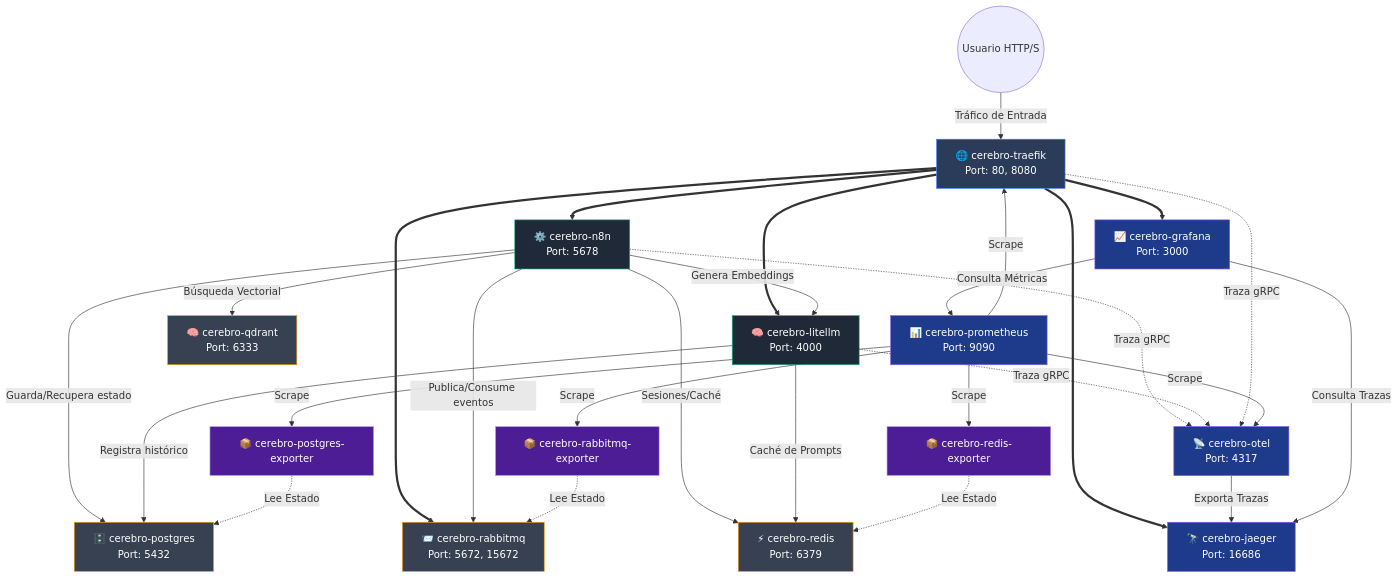
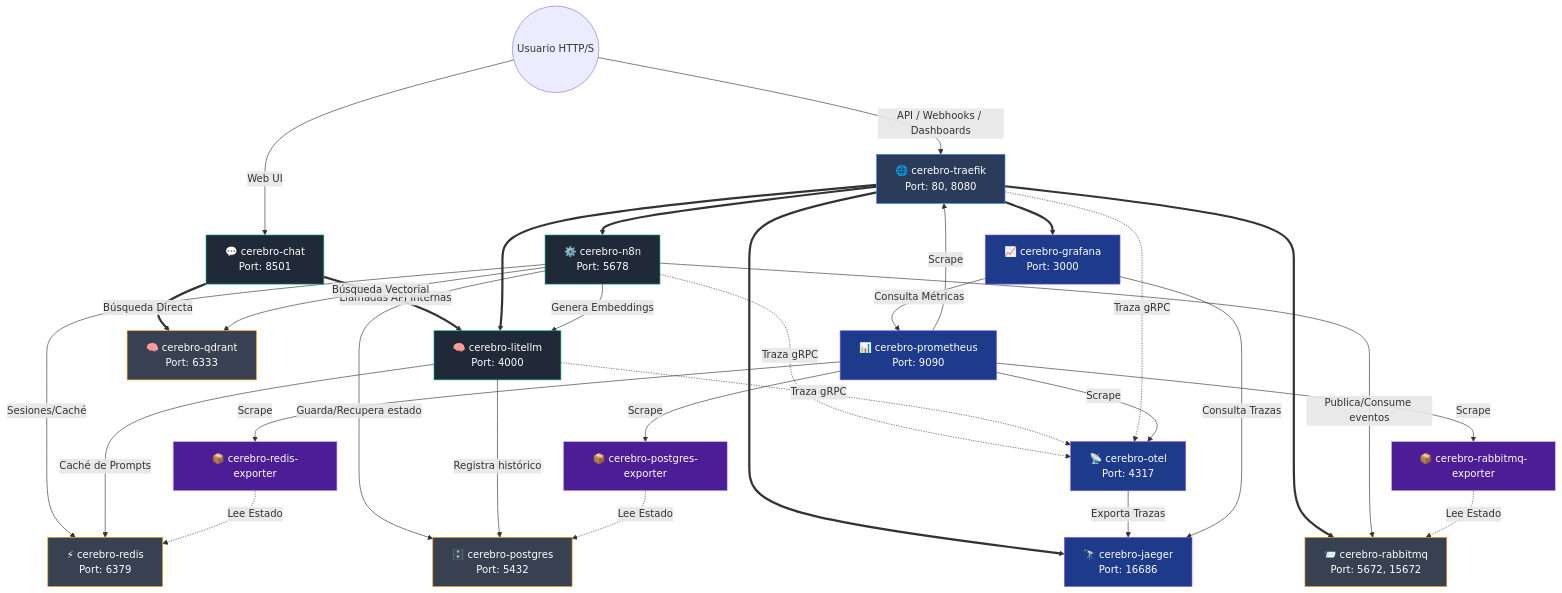
The diagram in docs/src/5_resumen_servicios.md (sylfG/linkanvil), drawn with Mermaid before and after one commit. The commit also changed other lines of this file and 5 other files, not shown here.

````diff
--- a/docs/src/5_resumen_servicios.md
+++ b/docs/src/5_resumen_servicios.md
@@ -11,77 +11,81 @@
 ```mermaid
 graph TD
     %% Estilos de los nodos
     classDef traefik fill:#2b3c5a,stroke:#3b82f6,color:#fff
     classDef core fill:#1f2937,stroke:#10b981,color:#fff
     classDef db fill:#374151,stroke:#f59e0b,color:#fff
     classDef obs fill:#1e3a8a,stroke:#8b5cf6,color:#fff
     classDef exporter fill:#4c1d95,stroke:#c4b5fd,color:#fff
 
     %% Nodos externos
     User((Usuario HTTP/S))
     
-    %% Contenedor Traefik
+    %% Interfaz y Gateway
+    Chat[💬 cerebro-chat<br/>Port: 8501]:::core
     Traefik[🌐 cerebro-traefik<br/>Port: 80, 8080]:::traefik
     
     %% Capa Core
     n8n[⚙️ cerebro-n8n<br/>Port: 5678]:::core
     LiteLLM[🧠 cerebro-litellm<br/>Port: 4000]:::core
     
     %% Capa Almacenamiento y Mensajería
     RabbitMQ[📨 cerebro-rabbitmq<br/>Port: 5672, 15672]:::db
     Postgres[🗄️ cerebro-postgres<br/>Port: 5432]:::db
     Redis[⚡ cerebro-redis<br/>Port: 6379]:::db
     Qdrant[🧠 cerebro-qdrant<br/>Port: 6333]:::db
     
     %% Capa Observabilidad Central
     Grafana[📈 cerebro-grafana<br/>Port: 3000]:::obs
     Jaeger[🔭 cerebro-jaeger<br/>Port: 16686]:::obs
     Prometheus[📊 cerebro-prometheus<br/>Port: 9090]:::obs
     OTel[📡 cerebro-otel<br/>Port: 4317]:::obs
     
     %% Exporters para Prometheus
     PG_Exp[📦 cerebro-postgres-exporter]:::exporter
     RMQ_Exp[📦 cerebro-rabbitmq-exporter]:::exporter
     Red_Exp[📦 cerebro-redis-exporter]:::exporter
 
     %% Enrutamiento Externo
-    User -->|Tráfico de Entrada| Traefik
+    User -->|Web UI| Chat
+    User -->|API / Webhooks / Dashboards| Traefik
+    Chat ==>|"Búsqueda Directa"| Qdrant
+    Chat ==>|"Llamadas API Internas"| LiteLLM
     Traefik ==> n8n
     Traefik ==> LiteLLM
     Traefik ==> Grafana
     Traefik ==> Jaeger
     Traefik ==> RabbitMQ
 
     %% Flujos de N8N (Orquestador principal)
     n8n -->|"Guarda/Recupera estado"| Postgres
     n8n -->|"Publica/Consume eventos"| RabbitMQ
     n8n -->|"Genera Embeddings"| LiteLLM
     n8n -->|"Búsqueda Vectorial"| Qdrant
     n8n -->|"Sesiones/Caché"| Redis
 
     %% Flujos LiteLLM
     LiteLLM -->|"Caché de Prompts"| Redis
     LiteLLM -->|"Registra histórico"| Postgres
 
     %% Observabilidad - OTel y Jaeger
     n8n -.->|"Traza gRPC"| OTel
     LiteLLM -.->|"Traza gRPC"| OTel
     Traefik -.->|"Traza gRPC"| OTel
     OTel -->|"Exporta Trazas"| Jaeger
     
     %% Exporters leyendo servicios
     PG_Exp -.->|"Lee Estado"| Postgres
     RMQ_Exp -.->|"Lee Estado"| RabbitMQ
     Red_Exp -.->|"Lee Estado"| Redis
     
     %% Prometheus raspando métricas
     Prometheus -->|"Scrape"| PG_Exp
     Prometheus -->|"Scrape"| RMQ_Exp
     Prometheus -->|"Scrape"| Red_Exp
     Prometheus -->|"Scrape"| OTel
     Prometheus -->|"Scrape"| Traefik
     
     %% Grafana consumiendo Data
     Grafana -->|"Consulta Métricas"| Prometheus
     Grafana -->|"Consulta Trazas"| Jaeger
 ```
````
